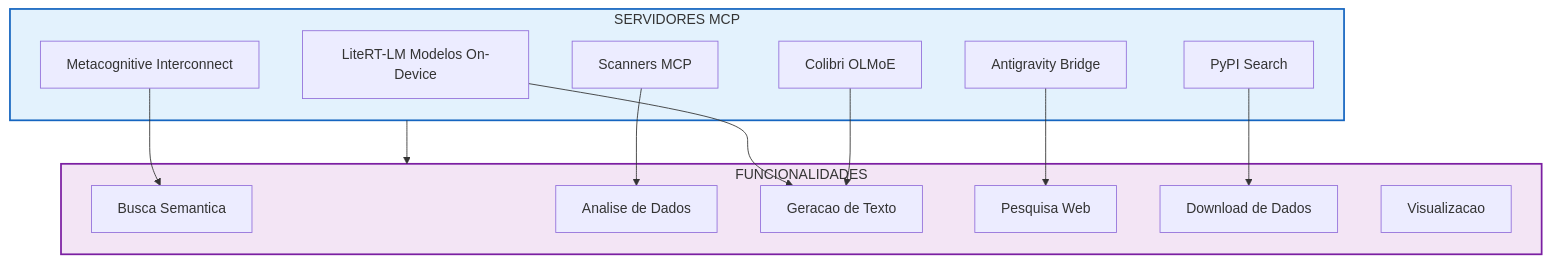
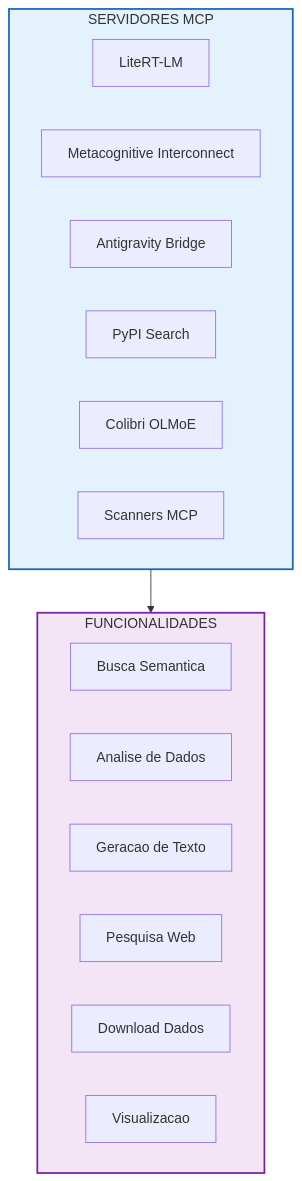
Before and after one commit to MarceloClaro/opencode-ecosystem-core: diagram 18 of 22 in README.md, drawn with Mermaid. The commit also changed other lines of this file, not shown here.

First line of the commit message:
feat(docs): fix flowcharts, add themes, translate datasets to Portuguese

````diff
--- a/README.md
+++ b/README.md
@@ -1096,32 +1026,25 @@
 ```mermaid
 flowchart TB
-    subgraph MCP_SERVERS ["SERVIDORES MCP"]
-        LITERT2["LiteRT-LM Modelos On-Device"]
-        META3["Metacognitive Interconnect"]
-        ANTI["Antigravity Bridge"]
-        PYPI["PyPI Search"]
-        COLIBRI2["Colibri OLMoE"]
-        SCANNER["Scanners MCP"]
+    subgraph MCP_SERVERS[SERVIDORES MCP]
+        LITERT2[LiteRT-LM]
+        META3[Metacognitive Interconnect]
+        ANTI[Antigravity Bridge]
+        PYPI[PyPI Search]
+        COLIBRI2[Colibri OLMoE]
+        SCANNER[Scanners MCP]
     end
 
-    subgraph FEATURES ["FUNCIONALIDADES"]
-        F1["Busca Semantica"]
-        F2["Analise de Dados"]
-        F3["Geracao de Texto"]
-        F4["Pesquisa Web"]
-        F5["Download de Dados"]
-        F6["Visualizacao"]
+    subgraph FEATURES[FUNCIONALIDADES]
+        F1[Busca Semantica]
+        F2[Analise de Dados]
+        F3[Geracao de Texto]
+        F4[Pesquisa Web]
+        F5[Download Dados]
+        F6[Visualizacao]
     end
 
     MCP_SERVERS --> FEATURES
 
-    LITERT2 --> F3
-    META3 --> F1
-    ANTI --> F4
-    PYPI --> F5
-    COLIBRI2 --> F3
-    SCANNER --> F2
-
     style MCP_SERVERS fill:#e3f2fd,stroke:#1565c0,stroke-width:2px
     style FEATURES fill:#f3e5f5,stroke:#7b1fa2,stroke-width:2px
 ```
````
